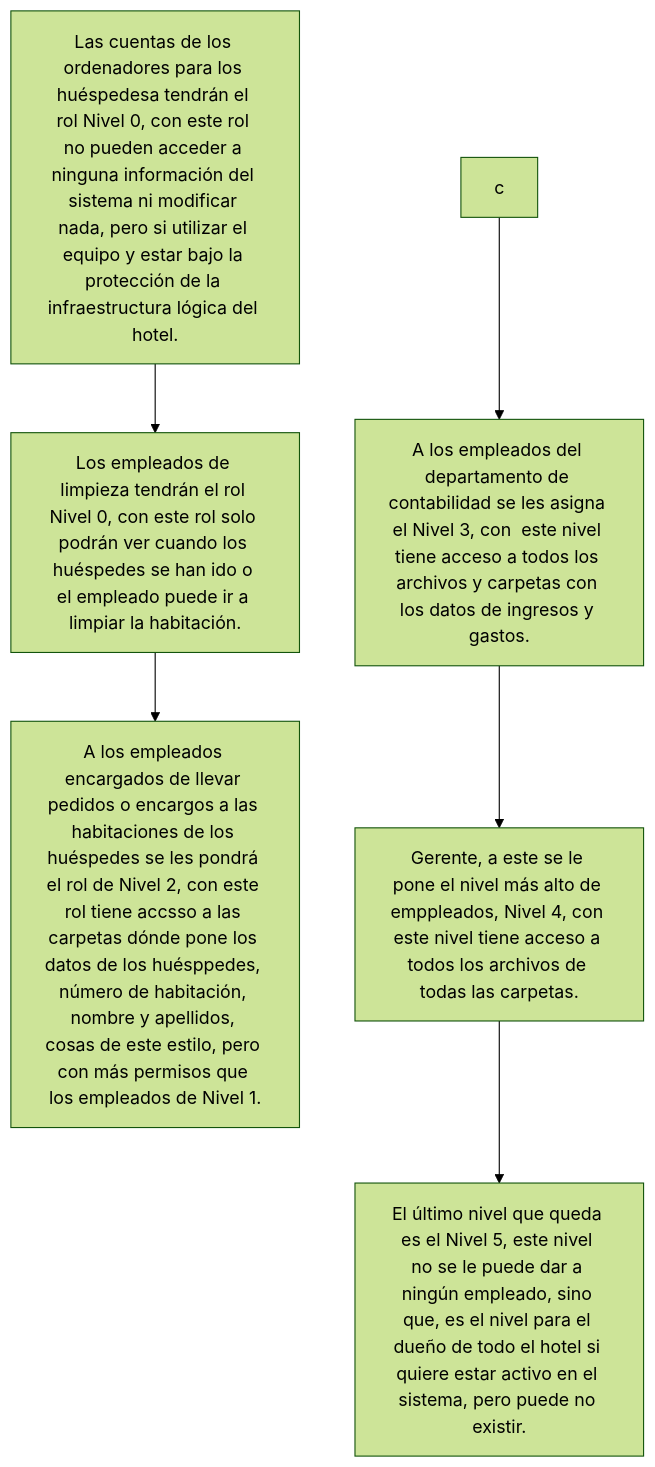
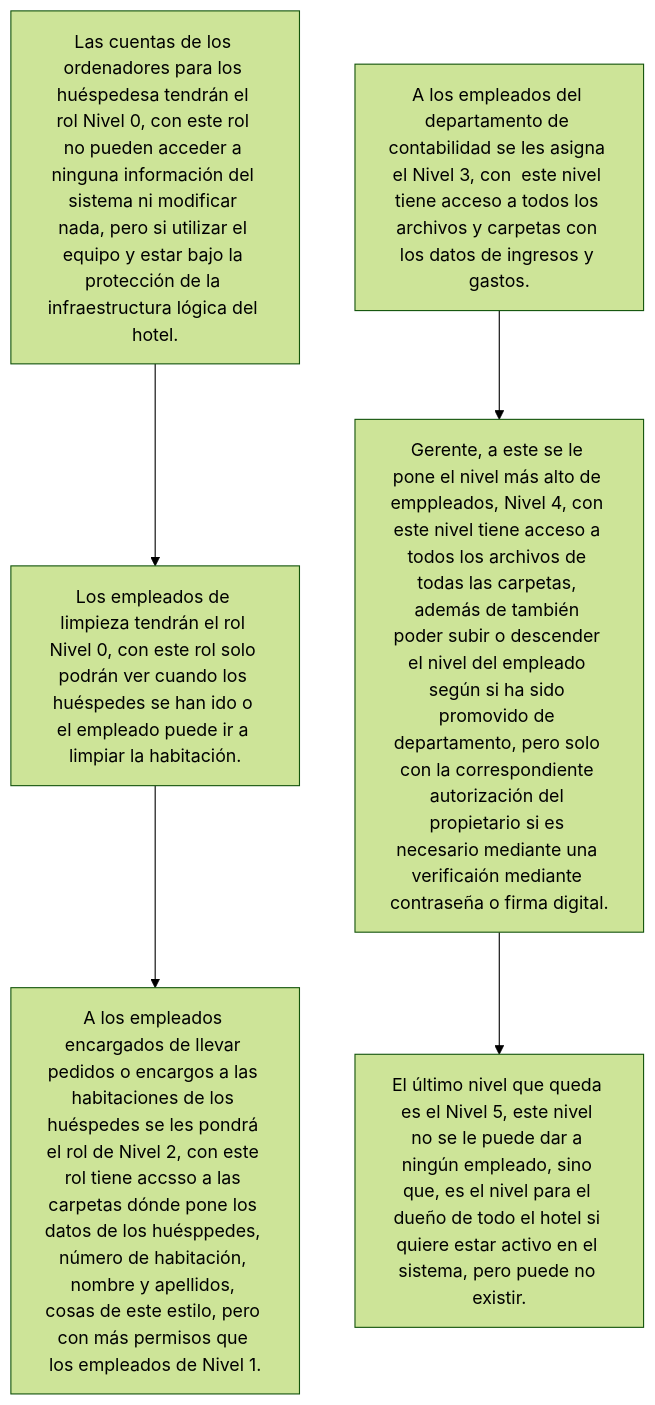
Before and after one commit to alegraargalu/SMR2-SOR: the diagram in Samba.md, drawn with Mermaid (forest theme). The commit also changed other lines of this file, not shown here.

````diff
--- a/Samba.md
+++ b/Samba.md
@@ -3,9 +3,9 @@
 ```mermaid
 flowchart TD
 A[Las cuentas de los ordenadores para los huéspedesa tendrán el rol Nivel 0, con este rol no pueden acceder a ninguna información del sistema ni modificar nada, pero si utilizar el equipo y estar bajo la protección de la infraestructura lógica del hotel.]
 A-->B[Los empleados de limpieza tendrán el rol Nivel 0, con este rol solo podrán ver cuando los huéspedes se han ido o el empleado puede ir a limpiar la habitación.]
 B-->C[A los empleados encargados de llevar pedidos o encargos a las habitaciones de los huéspedes se les pondrá el rol de Nivel 2, con este rol tiene accsso a las carpetas dónde pone los datos de los huésppedes, número de habitación, nombre y apellidos, cosas de este estilo, pero con más permisos que los empleados de Nivel 1.]
-c-->D[A los empleados del departamento de contabilidad se les asigna el Nivel 3, con  este nivel tiene acceso a todos los archivos y carpetas con los datos de ingresos y gastos.]
-D-->E[Gerente, a este se le pone el nivel más alto de emppleados, Nivel 4, con este nivel tiene acceso a todos los archivos de todas las carpetas.]
+D[A los empleados del departamento de contabilidad se les asigna el Nivel 3, con  este nivel tiene acceso a todos los archivos y carpetas con los datos de ingresos y gastos.]
+D-->E[Gerente, a este se le pone el nivel más alto de emppleados, Nivel 4, con este nivel tiene acceso a todos los archivos de todas las carpetas, además de también poder subir o descender el nivel del empleado según si ha sido promovido de departamento, pero solo con la correspondiente autorización del propietario si es necesario mediante una verificaión mediante contraseña o firma digital.]
 E-->F[El último nivel que queda es el Nivel 5, este nivel no se le puede dar a ningún empleado, sino que, es el nivel para el dueño de todo el hotel si quiere estar activo en el sistema, pero puede no existir.]
 ```
````
